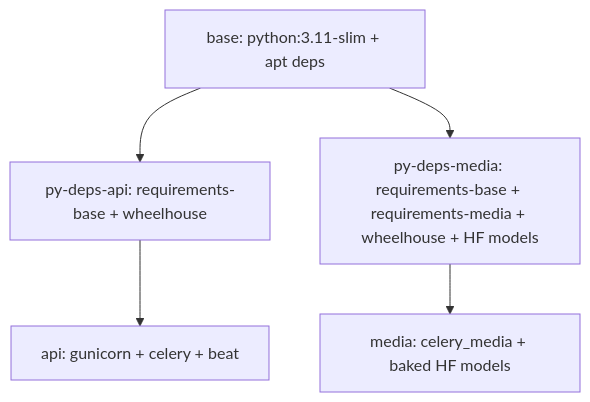
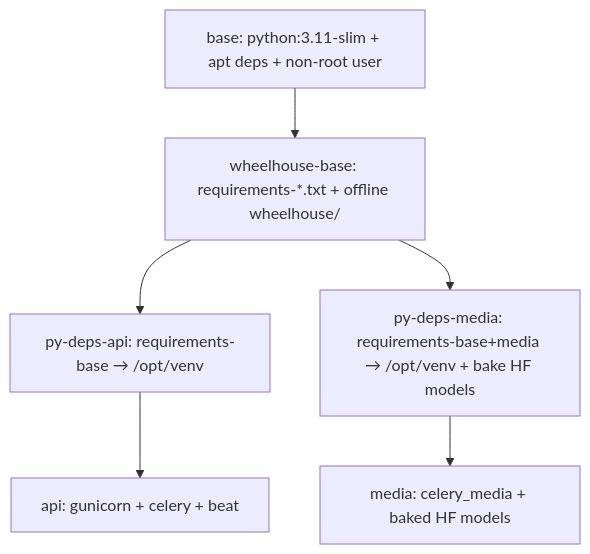
The diagram in docs/EXPLAIN/docker/01-multi-stage-dockerfile.md (devansh1012007/EchoFlow), drawn with Mermaid before and after one commit. The commit also changed other lines of this file and 4 other files, not shown here.

First line of the commit message:
feat(build): add BuildKit named caches + wheelhouse-base dedup stage

````diff
--- a/docs/EXPLAIN/docker/01-multi-stage-dockerfile.md
+++ b/docs/EXPLAIN/docker/01-multi-stage-dockerfile.md
@@ -7,7 +7,10 @@
 ```mermaid
 graph TB
-    base[base: python:3.11-slim + apt deps] --> pyapi[py-deps-api: requirements-base + wheelhouse]
-    base --> pymedia[py-deps-media: requirements-base + requirements-media + wheelhouse + HF models]
+    base[base: python:3.11-slim + apt deps + non-root user]
+    wheelbase[wheelhouse-base: requirements-*.txt + offline wheelhouse/]
+    base --> wheelbase
+    wheelbase --> pyapi[py-deps-api: requirements-base → /opt/venv]
+    wheelbase --> pymedia[py-deps-media: requirements-base+media → /opt/venv + bake HF models]
     pyapi --> api[api: gunicorn + celery + beat]
     pymedia --> media[media: celery_media + baked HF models]
 ```
````
